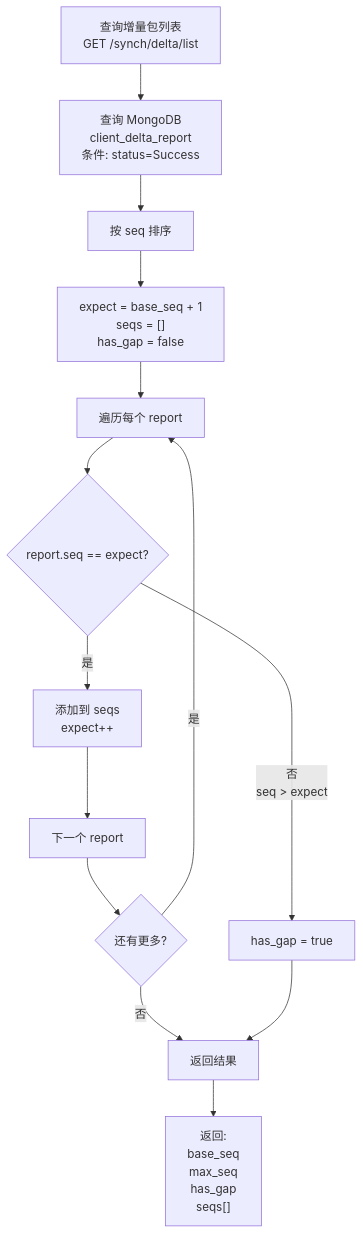
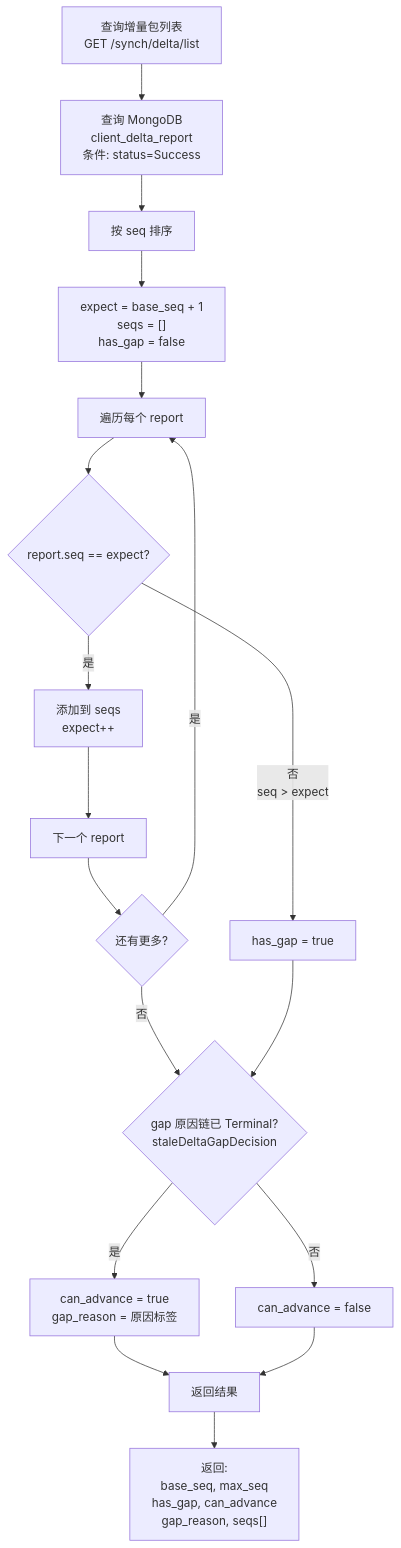
One commit to LucisXu/jotmo-skills changed diagram 17 of 33 in 多端同步流程图.md. Above: the diagram before and after it, drawn with Mermaid. The commit also changed other lines of this file, not shown here.

````diff
--- a/多端同步流程图.md
+++ b/多端同步流程图.md
@@ -481,23 +557,29 @@
 ```mermaid
 flowchart TD
     Start["查询增量包列表<br/>GET /synch/delta/list"] --> Query["查询 MongoDB<br/>client_delta_report<br/>条件: status=Success"]
 
     Query --> Sort["按 seq 排序"]
 
     Sort --> Init["expect = base_seq + 1<br/>seqs = []<br/>has_gap = false"]
 
     Init --> Loop["遍历每个 report"]
 
     Loop --> Check{"report.seq == expect?"}
 
     Check -->|"是"| Add["添加到 seqs<br/>expect++"]
     Add --> Next["下一个 report"]
     Next --> HasMore{"还有更多?"}
     HasMore -->|"是"| Loop
-    HasMore -->|"否"| Return
+    HasMore -->|"否"| CheckTerminal
 
     Check -->|"否<br/>seq > expect"| SetGap["has_gap = true"]
-    SetGap --> Return["返回结果"]
+    SetGap --> CheckTerminal{"gap 原因链已 Terminal?<br/>staleDeltaGapDecision"}
 
-    Return --> Result["返回:<br/>base_seq<br/>max_seq<br/>has_gap<br/>seqs[]"]
+    CheckTerminal -->|"是"| SetAdvance["can_advance = true<br/>gap_reason = 原因标签"]
+    CheckTerminal -->|"否"| NoAdvance["can_advance = false"]
+
+    SetAdvance --> Return["返回结果"]
+    NoAdvance --> Return
+
+    Return --> Result["返回:<br/>base_seq, max_seq<br/>has_gap, can_advance<br/>gap_reason, seqs[]"]
 ```
````
